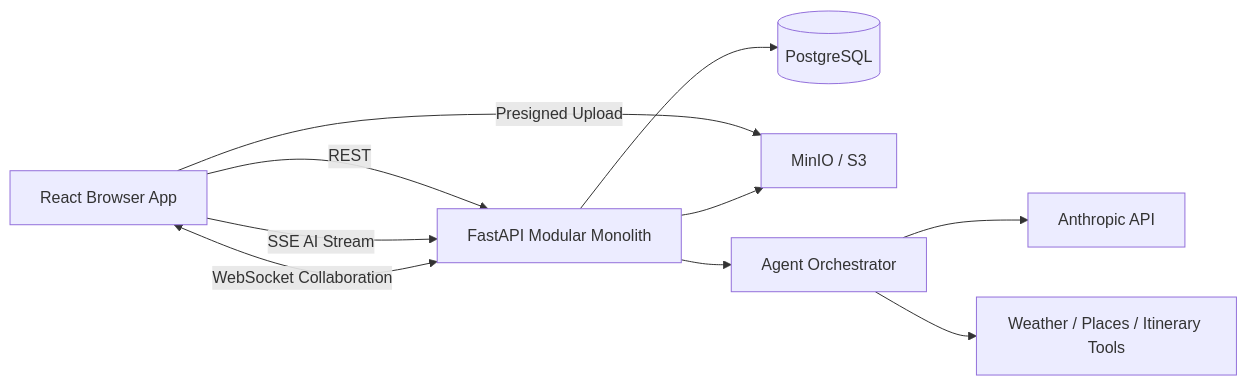
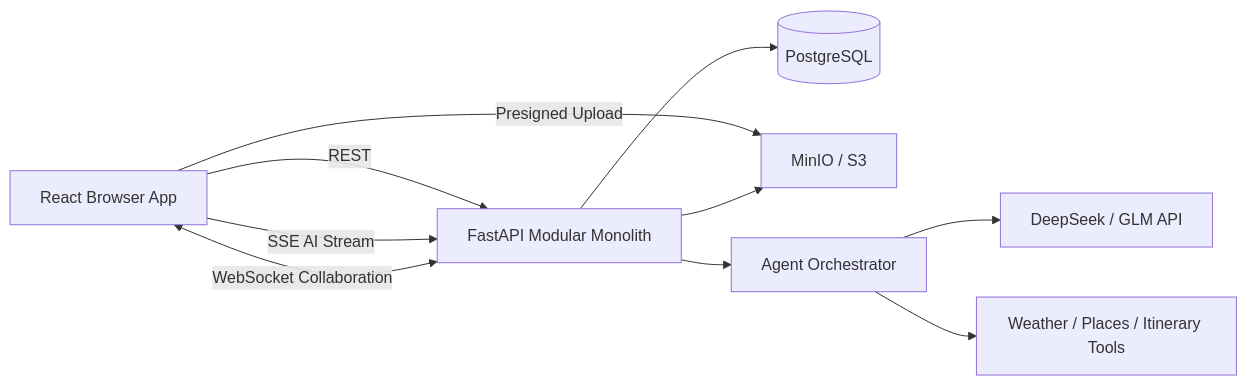
One commit to liujiayi666/Travel changed the diagram in docs/architecture.md. Above: the diagram before and after it, drawn with Mermaid. The commit also changed other lines of this file and 9 other files, not shown here.

````diff
--- a/docs/architecture.md
+++ b/docs/architecture.md
@@ -82,20 +83,20 @@
 ```mermaid
 flowchart LR
     Browser[React Browser App]
     API[FastAPI Modular Monolith]
     DB[(PostgreSQL)]
     Storage[MinIO / S3]
     Agent[Agent Orchestrator]
-    Claude[Anthropic API]
+    LLM[DeepSeek / GLM API]
     Tools[Weather / Places / Itinerary Tools]
 
     Browser -->|REST| API
     Browser -->|SSE AI Stream| API
     Browser <-->|WebSocket Collaboration| API
     Browser -->|Presigned Upload| Storage
     API --> DB
     API --> Storage
     API --> Agent
-    Agent --> Claude
+    Agent --> LLM
     Agent --> Tools
 ```
````
